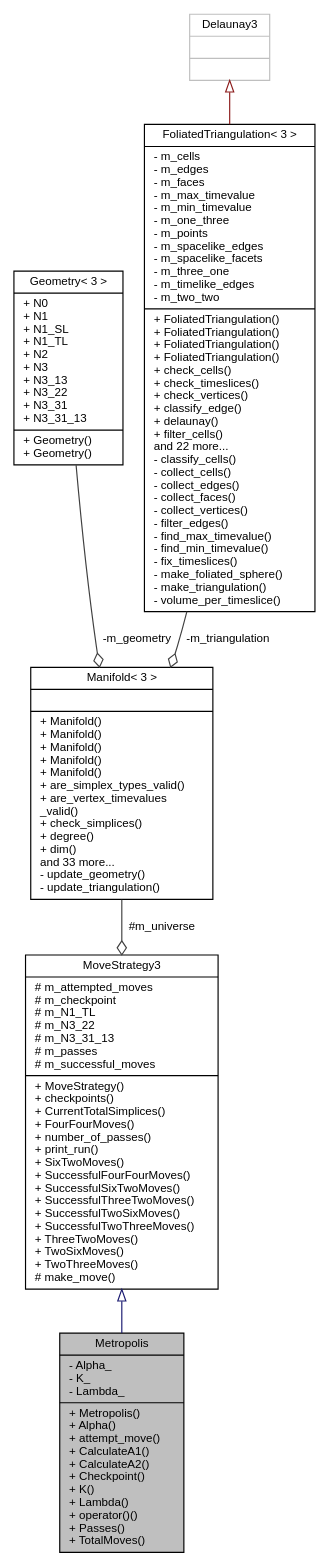
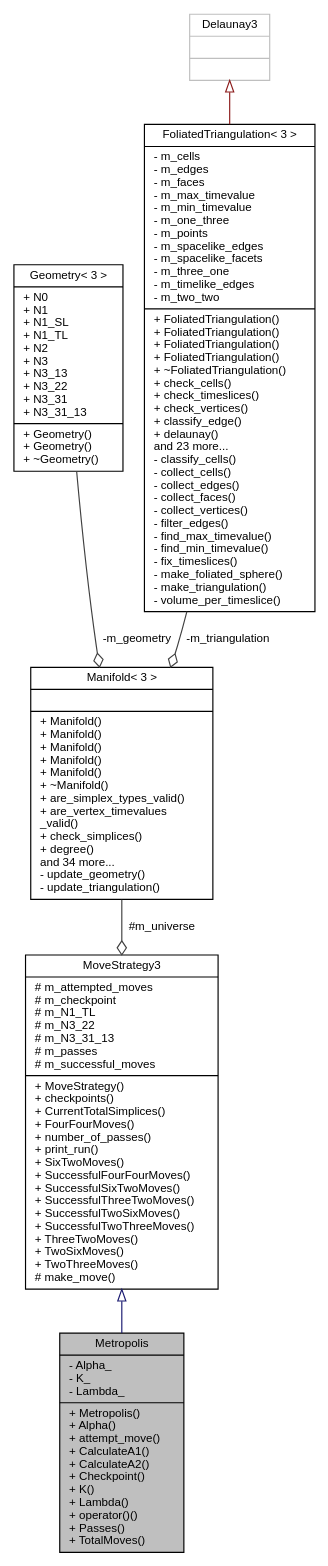
The diagram in class_metropolis__coll__graph.dot (acgetchell/CDT-plusplus), drawn with Graphviz before and after one commit. The commit also changed 250 other files, not shown here.

```diff
--- a/class_metropolis__coll__graph.dot
+++ b/class_metropolis__coll__graph.dot
@@ -1,17 +1,17 @@
 digraph "Metropolis"
 {
  // LATEX_PDF_SIZE
   edge [fontname="Helvetica",fontsize="10",labelfontname="Helvetica",labelfontsize="10"];
   node [fontname="Helvetica",fontsize="10",shape=record];
   Node1 [label="{Metropolis\n|- Alpha_\l- K_\l- Lambda_\l|+ Metropolis()\l+ Alpha()\l+ attempt_move()\l+ CalculateA1()\l+ CalculateA2()\l+ Checkpoint()\l+ K()\l+ Lambda()\l+ operator()()\l+ Passes()\l+ TotalMoves()\l}",height=0.2,width=0.4,color="black", fillcolor="grey75", style="filled", fontcolor="black",tooltip="Metropolis-Hastings algorithm function object."];
   Node2 -> Node1 [dir="back",color="midnightblue",fontsize="10",style="solid",arrowtail="onormal",fontname="Helvetica"];
   Node2 [label="{MoveStrategy3\n|# m_attempted_moves\l# m_checkpoint\l# m_N1_TL\l# m_N3_22\l# m_N3_31_13\l# m_passes\l# m_successful_moves\l|+ MoveStrategy()\l+ checkpoints()\l+ CurrentTotalSimplices()\l+ FourFourMoves()\l+ number_of_passes()\l+ print_run()\l+ SixTwoMoves()\l+ SuccessfulFourFourMoves()\l+ SuccessfulSixTwoMoves()\l+ SuccessfulThreeTwoMoves()\l+ SuccessfulTwoSixMoves()\l+ SuccessfulTwoThreeMoves()\l+ ThreeTwoMoves()\l+ TwoSixMoves()\l+ TwoThreeMoves()\l# make_move()\l}",height=0.2,width=0.4,color="black", fillcolor="white", style="filled",URL="$class_move_strategy_3_013_01_4.html",tooltip=" "];
   Node3 -> Node2 [color="grey25",fontsize="10",style="solid",label=" #m_universe" ,arrowhead="odiamond",fontname="Helvetica"];
-  Node3 [label="{Manifold\< 3 \>\n||+ Manifold()\l+ Manifold()\l+ Manifold()\l+ Manifold()\l+ Manifold()\l+ are_simplex_types_valid()\l+ are_vertex_timevalues\l_valid()\l+ check_simplices()\l+ degree()\l+ dim()\land 33 more...\l- update_geometry()\l- update_triangulation()\l}",height=0.2,width=0.4,color="black", fillcolor="white", style="filled",URL="$class_manifold_3_013_01_4.html",tooltip="3D Manifold"];
+  Node3 [label="{Manifold\< 3 \>\n||+ Manifold()\l+ Manifold()\l+ Manifold()\l+ Manifold()\l+ Manifold()\l+ ~Manifold()\l+ are_simplex_types_valid()\l+ are_vertex_timevalues\l_valid()\l+ check_simplices()\l+ degree()\land 34 more...\l- update_geometry()\l- update_triangulation()\l}",height=0.2,width=0.4,color="black", fillcolor="white", style="filled",URL="$class_manifold_3_013_01_4.html",tooltip="3D Manifold"];
   Node4 -> Node3 [color="grey25",fontsize="10",style="solid",label=" -m_geometry" ,arrowhead="odiamond",fontname="Helvetica"];
-  Node4 [label="{Geometry\< 3 \>\n|+ N0\l+ N1\l+ N1_SL\l+ N1_TL\l+ N2\l+ N3\l+ N3_13\l+ N3_22\l+ N3_31\l+ N3_31_13\l|+ Geometry()\l+ Geometry()\l}",height=0.2,width=0.4,color="black", fillcolor="white", style="filled",URL="$struct_geometry_3_013_01_4.html",tooltip="3D Geometry"];
+  Node4 [label="{Geometry\< 3 \>\n|+ N0\l+ N1\l+ N1_SL\l+ N1_TL\l+ N2\l+ N3\l+ N3_13\l+ N3_22\l+ N3_31\l+ N3_31_13\l|+ Geometry()\l+ Geometry()\l+ ~Geometry()\l}",height=0.2,width=0.4,color="black", fillcolor="white", style="filled",URL="$struct_geometry_3_013_01_4.html",tooltip="3D Geometry"];
   Node5 -> Node3 [color="grey25",fontsize="10",style="solid",label=" -m_triangulation" ,arrowhead="odiamond",fontname="Helvetica"];
-  Node5 [label="{FoliatedTriangulation\< 3 \>\n|- m_cells\l- m_edges\l- m_faces\l- m_max_timevalue\l- m_min_timevalue\l- m_one_three\l- m_points\l- m_spacelike_edges\l- m_spacelike_facets\l- m_three_one\l- m_timelike_edges\l- m_two_two\l|+ FoliatedTriangulation()\l+ FoliatedTriangulation()\l+ FoliatedTriangulation()\l+ FoliatedTriangulation()\l+ check_cells()\l+ check_timeslices()\l+ check_vertices()\l+ classify_edge()\l+ delaunay()\l+ filter_cells()\land 22 more...\l- classify_cells()\l- collect_cells()\l- collect_edges()\l- collect_faces()\l- collect_vertices()\l- filter_edges()\l- find_max_timevalue()\l- find_min_timevalue()\l- fix_timeslices()\l- make_foliated_sphere()\l- make_triangulation()\l- volume_per_timeslice()\l}",height=0.2,width=0.4,color="black", fillcolor="white", style="filled",URL="$class_foliated_triangulation_3_013_01_4.html",tooltip="3D Triangulation"];
+  Node5 [label="{FoliatedTriangulation\< 3 \>\n|- m_cells\l- m_edges\l- m_faces\l- m_max_timevalue\l- m_min_timevalue\l- m_one_three\l- m_points\l- m_spacelike_edges\l- m_spacelike_facets\l- m_three_one\l- m_timelike_edges\l- m_two_two\l|+ FoliatedTriangulation()\l+ FoliatedTriangulation()\l+ FoliatedTriangulation()\l+ FoliatedTriangulation()\l+ ~FoliatedTriangulation()\l+ check_cells()\l+ check_timeslices()\l+ check_vertices()\l+ classify_edge()\l+ delaunay()\land 23 more...\l- classify_cells()\l- collect_cells()\l- collect_edges()\l- collect_faces()\l- collect_vertices()\l- filter_edges()\l- find_max_timevalue()\l- find_min_timevalue()\l- fix_timeslices()\l- make_foliated_sphere()\l- make_triangulation()\l- volume_per_timeslice()\l}",height=0.2,width=0.4,color="black", fillcolor="white", style="filled",URL="$class_foliated_triangulation_3_013_01_4.html",tooltip="3D Triangulation"];
   Node6 -> Node5 [dir="back",color="firebrick4",fontsize="10",style="solid",arrowtail="onormal",fontname="Helvetica"];
   Node6 [label="{Delaunay3\n||}",height=0.2,width=0.4,color="grey75", fillcolor="white", style="filled",tooltip=" "];
 }
```
